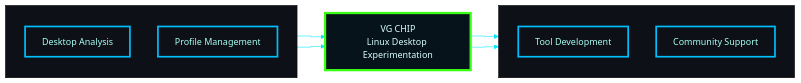
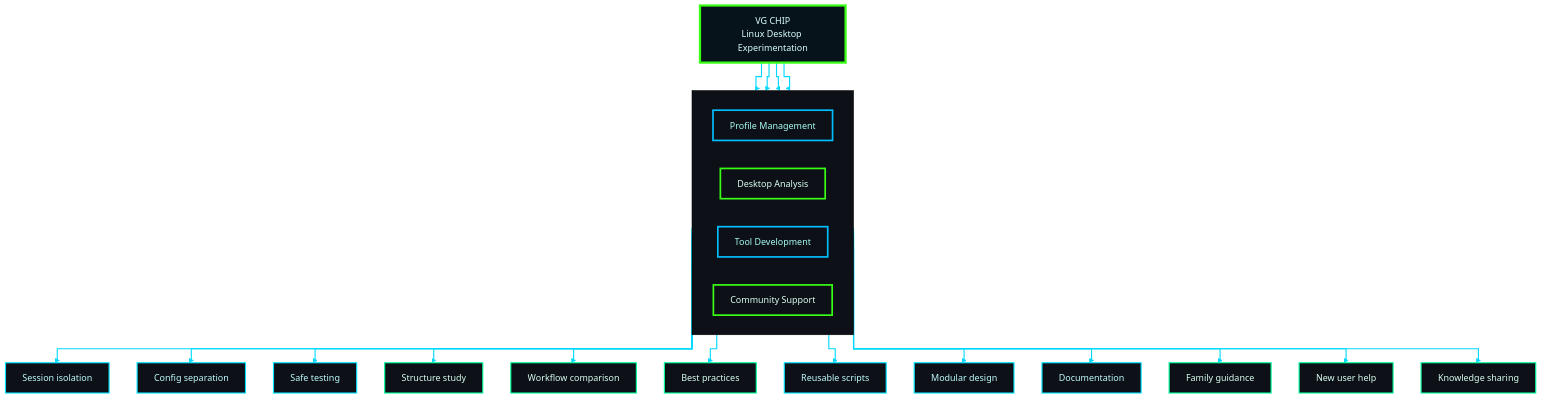
The diagram in README.md (Vguver/Vguver), drawn with Mermaid before and after one commit. The commit also changed other lines of this file, not shown here.

Commit message:
Update README.md
modificate Current Focus

````diff
--- a/README.md
+++ b/README.md
@@ -152,25 +152,41 @@
 ```mermaid
 %%{init: {'theme':'base', 'themeVariables': { 'background':'#0D1117', 'primaryColor':'#0D1117', 'primaryBorderColor':'#00BFFF', 'primaryTextColor':'#D9FFFF', 'lineColor':'#00E5FF', 'secondaryColor':'#0D1117', 'tertiaryColor':'#0D1117' }, 'flowchart': { 'curve': 'stepBefore', 'htmlLabels': true }}}%%
-flowchart LR
-    subgraph LEFT[" "]
-      direction TB
-      DA["Desktop Analysis"]:::module
-      PM["Profile Management"]:::module
+flowchart TB
+    CORE["VG CHIP<br/>Linux Desktop Experimentation"]:::chip
+
+    subgraph BUS[" "]
+      direction LR
+      PM["Profile Management"]:::moduleB
+      DA["Desktop Analysis"]:::moduleG
+      TD["Tool Development"]:::moduleB
+      CS["Community Support"]:::moduleG
     end
 
-    CORE["VG CHIP<br/>Linux Desktop Experimentation"]:::chip
+    CORE ==> PM
+    CORE ==> DA
+    CORE ==> TD
+    CORE ==> CS
 
-    subgraph RIGHT[" "]
-      direction TB
-      TD["Tool Development"]:::module
-      CS["Community Support"]:::module
-    end
+    PM --> PM1["Session isolation"]:::nodeB
+    PM --> PM2["Config separation"]:::nodeB
+    PM --> PM3["Safe testing"]:::nodeB
 
-    DA --> CORE
-    PM --> CORE
-    CORE --> TD
-    CORE --> CS
+    DA --> DA1["Structure study"]:::nodeG
+    DA --> DA2["Workflow comparison"]:::nodeG
+    DA --> DA3["Best practices"]:::nodeG
+
+    TD --> TD1["Reusable scripts"]:::nodeB
+    TD --> TD2["Modular design"]:::nodeB
+    TD --> TD3["Documentation"]:::nodeB
+
+    CS --> CS1["Family guidance"]:::nodeG
+    CS --> CS2["New user help"]:::nodeG
+    CS --> CS3["Knowledge sharing"]:::nodeG
 
     classDef chip fill:#07131A,stroke:#39FF14,stroke-width:4px,color:#D9FFFF;
-    classDef module fill:#0D1117,stroke:#00BFFF,stroke-width:3px,color:#A7FFF4;
+    classDef moduleB fill:#0D1117,stroke:#00BFFF,stroke-width:3px,color:#A7FFF4;
+    classDef moduleG fill:#0D1117,stroke:#39FF14,stroke-width:3px,color:#D9FFF1;
+    classDef nodeB fill:#0D1117,stroke:#00E5FF,stroke-width:2px,color:#BFFCFF;
+    classDef nodeG fill:#0D1117,stroke:#00FF9C,stroke-width:2px,color:#D9FFF1;
+    linkStyle default stroke:#00D9FF,stroke-width:2px;
 ```
````
